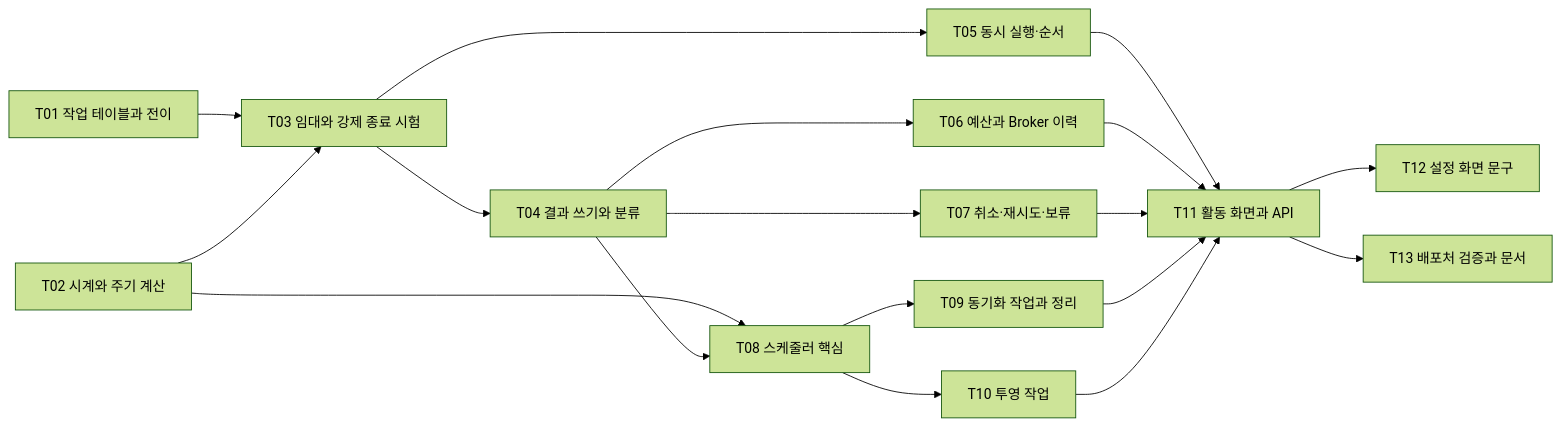
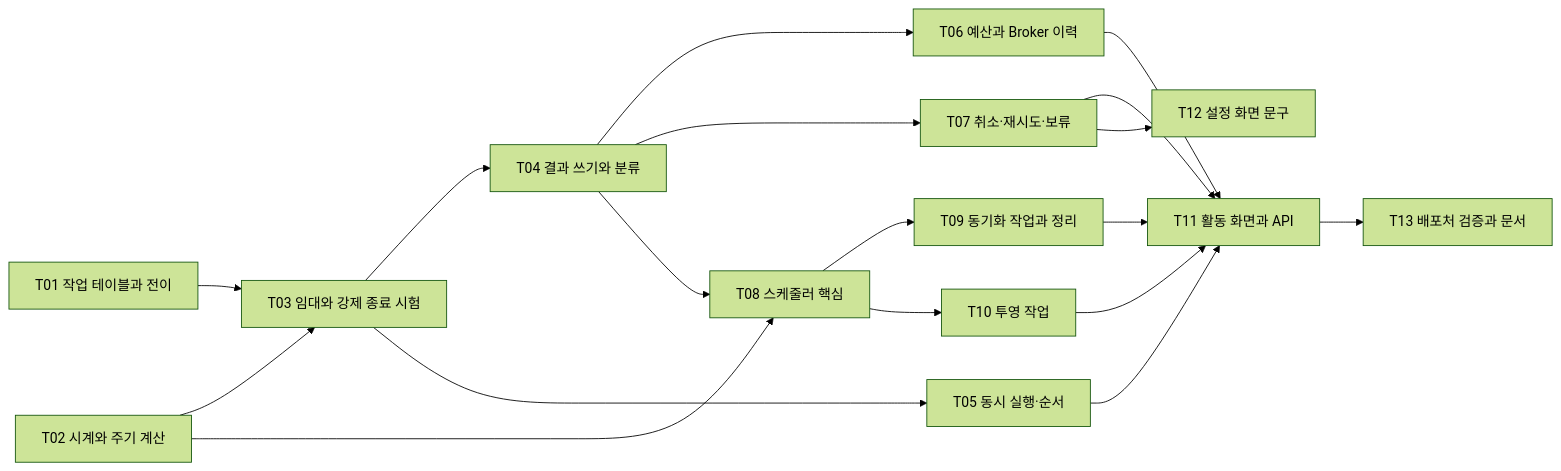
One commit to nohdol97/PKI changed the fourth of 4 diagrams in docs/specs/2026-11-21-I03-persistent-queue.md. Above: the diagram before and after it, drawn with Mermaid (forest theme). The commit also changed other lines of this file, not shown here.

````diff
--- a/docs/specs/2026-11-21-I03-persistent-queue.md
+++ b/docs/specs/2026-11-21-I03-persistent-queue.md
@@ -298,20 +304,20 @@
 ```mermaid
 flowchart LR
   T01["T01 작업 테이블과 전이"] --> T03["T03 임대와 강제 종료 시험"]
   T02["T02 시계와 주기 계산"] --> T03
   T03 --> T04["T04 결과 쓰기와 분류"]
   T03 --> T05["T05 동시 실행·순서"]
   T04 --> T06["T06 예산과 Broker 이력"]
   T04 --> T07["T07 취소·재시도·보류"]
   T02 --> T08["T08 스케줄러 핵심"]
   T04 --> T08
   T08 --> T09["T09 동기화 작업과 정리"]
   T08 --> T10["T10 투영 작업"]
   T05 --> T11["T11 활동 화면과 API"]
   T06 --> T11
   T07 --> T11
+  T07 --> T12["T12 설정 화면 문구"]
   T09 --> T11
   T10 --> T11
-  T11 --> T12["T12 설정 화면 문구"]
   T11 --> T13["T13 배포처 검증과 문서"]
 ```
````
